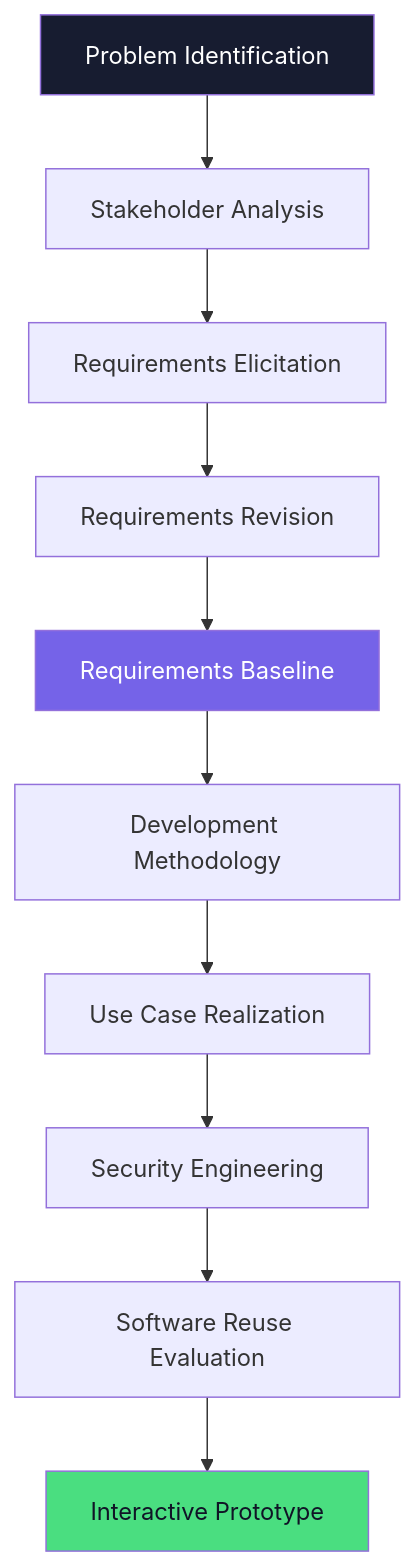
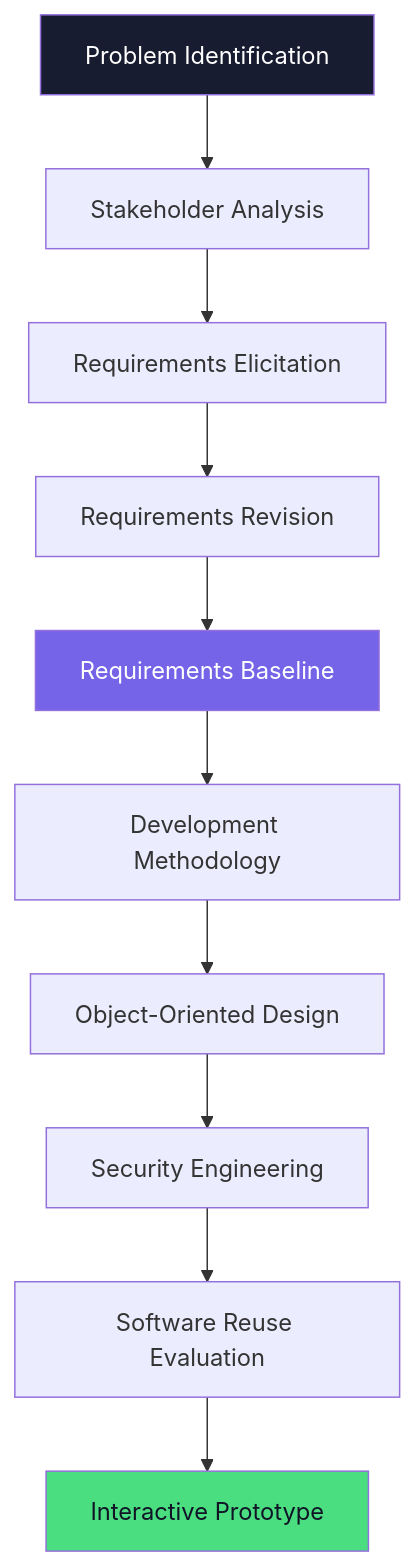
The first of 4 diagrams in README.md (chadiwala/Jadwalak-Academic-Planning-System), drawn with Mermaid before and after one commit. The commit also changed other lines of this file, not shown here.

````diff
--- a/README.md
+++ b/README.md
@@ -69,16 +68,16 @@
 ```mermaid
 flowchart TD
     A[Problem Identification] --> B[Stakeholder Analysis]
     B --> C[Requirements Elicitation]
     C --> D[Requirements Revision]
     D --> E[Requirements Baseline]
     E --> F[Development Methodology]
-    F --> G[Use Case Realization]
+    F --> G[Object-Oriented Design]
     G --> H[Security Engineering]
     H --> I[Software Reuse Evaluation]
     I --> J[Interactive Prototype]
 
     style A fill:#171C30,color:#fff
     style E fill:#7563E8,color:#fff
     style J fill:#4ADE80,color:#101426
 ```
````
